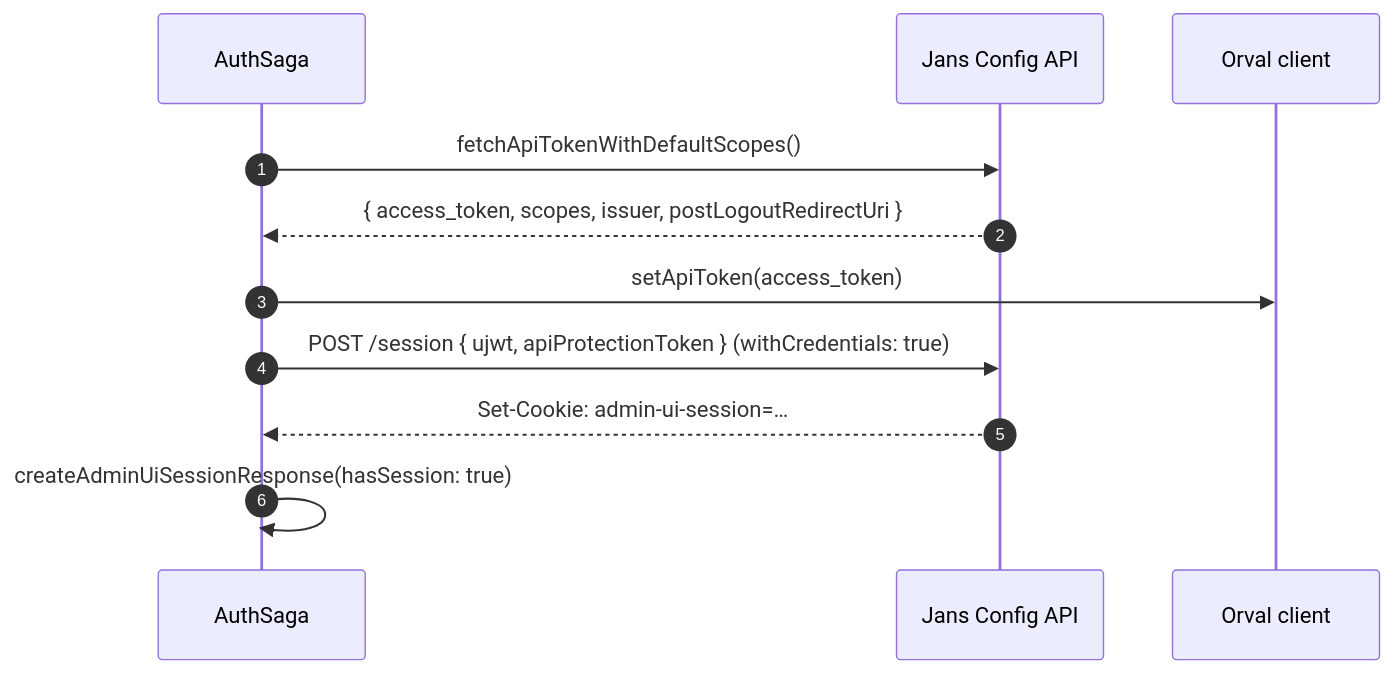
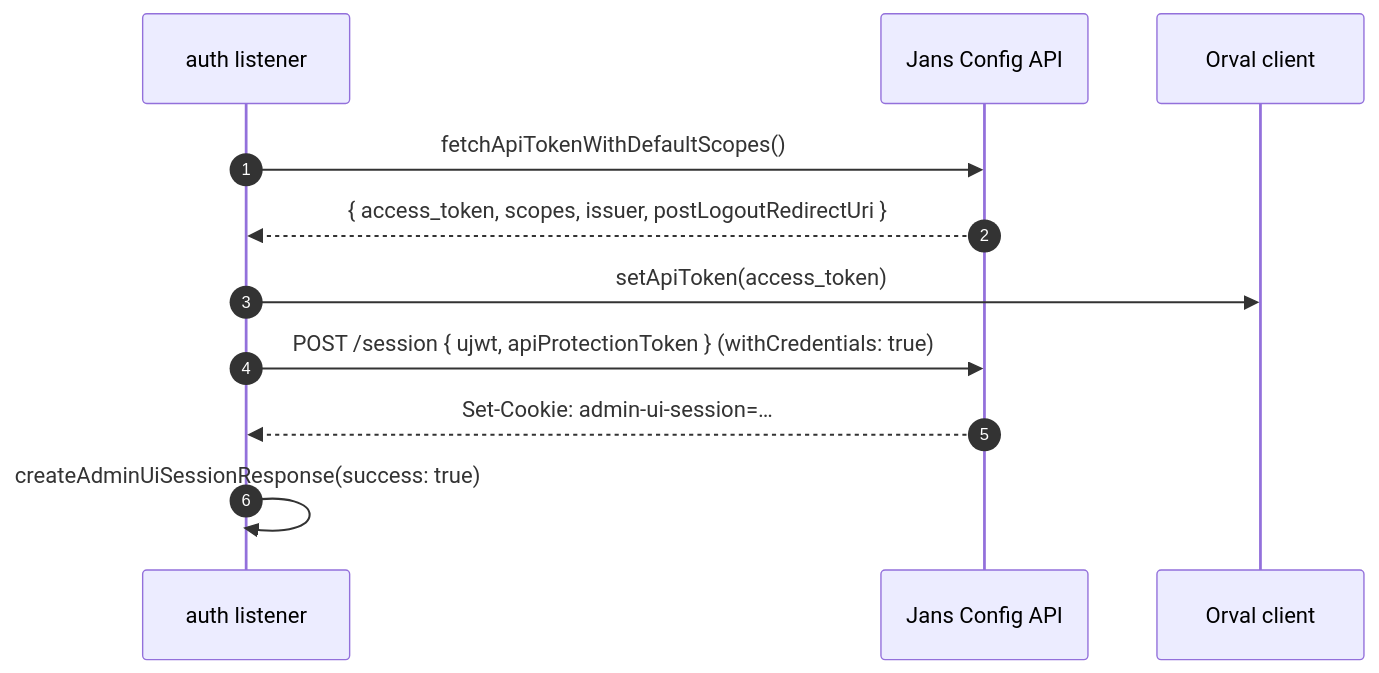
The second of 3 diagrams in admin-ui/docs/auth.md (GluuFederation/flex), drawn with Mermaid before and after one commit. The commit also changed other lines of this file and 39 other files, not shown here.

First line of the commit message:
refactor(admin-ui): migrate Auth Server config-scripts flow off saga and remove redux-saga (#2867)

````diff
--- a/admin-ui/docs/auth.md
+++ b/admin-ui/docs/auth.md
@@ -67,14 +69,14 @@
 ```mermaid
 sequenceDiagram
     autonumber
-    participant Saga as AuthSaga
+    participant Listener as auth listener
     participant API as Jans Config API
     participant Orval as Orval client
 
-    Saga->>API: fetchApiTokenWithDefaultScopes()
-    API-->>Saga: { access_token, scopes, issuer, postLogoutRedirectUri }
-    Saga->>Orval: setApiToken(access_token)
-    Saga->>API: POST /session { ujwt, apiProtectionToken } (withCredentials: true)
-    API-->>Saga: Set-Cookie: admin-ui-session=…
-    Saga->>Saga: createAdminUiSessionResponse(hasSession: true)
+    Listener->>API: fetchApiTokenWithDefaultScopes()
+    API-->>Listener: { access_token, scopes, issuer, postLogoutRedirectUri }
+    Listener->>Orval: setApiToken(access_token)
+    Listener->>API: POST /session { ujwt, apiProtectionToken } (withCredentials: true)
+    API-->>Listener: Set-Cookie: admin-ui-session=…
+    Listener->>Listener: createAdminUiSessionResponse(success: true)
 ```
````
